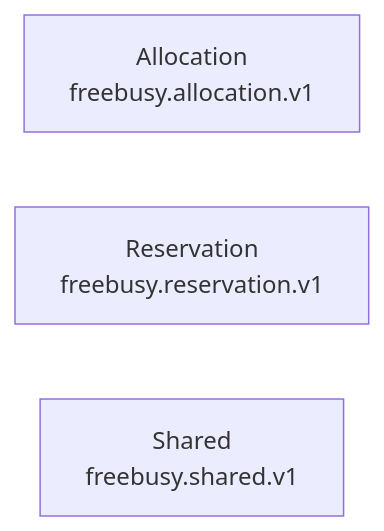
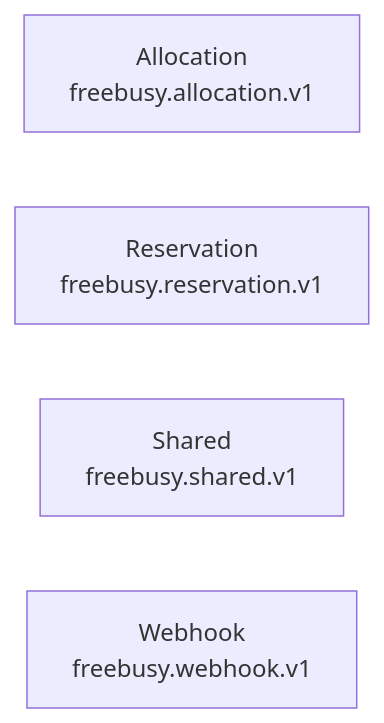
The diagram in protobuf/README.md (shokki-engineering/freebusy), drawn with Mermaid before and after one commit. The commit also changed other lines of this file and 110 other files, not shown here.

First line of the commit message:
feat: Add webhook functionality with OpenAPI specifications and Prisma schema

````diff
--- a/protobuf/README.md
+++ b/protobuf/README.md
@@ -21,7 +22,8 @@
 ```mermaid
 graph LR
     freebusy_allocation_v1["Allocation<br/>freebusy.allocation.v1"]
     freebusy_reservation_v1["Reservation<br/>freebusy.reservation.v1"]
     freebusy_shared_v1["Shared<br/>freebusy.shared.v1"]
+    freebusy_webhook_v1["Webhook<br/>freebusy.webhook.v1"]
     %% no local cross-module imports
 ```
````
